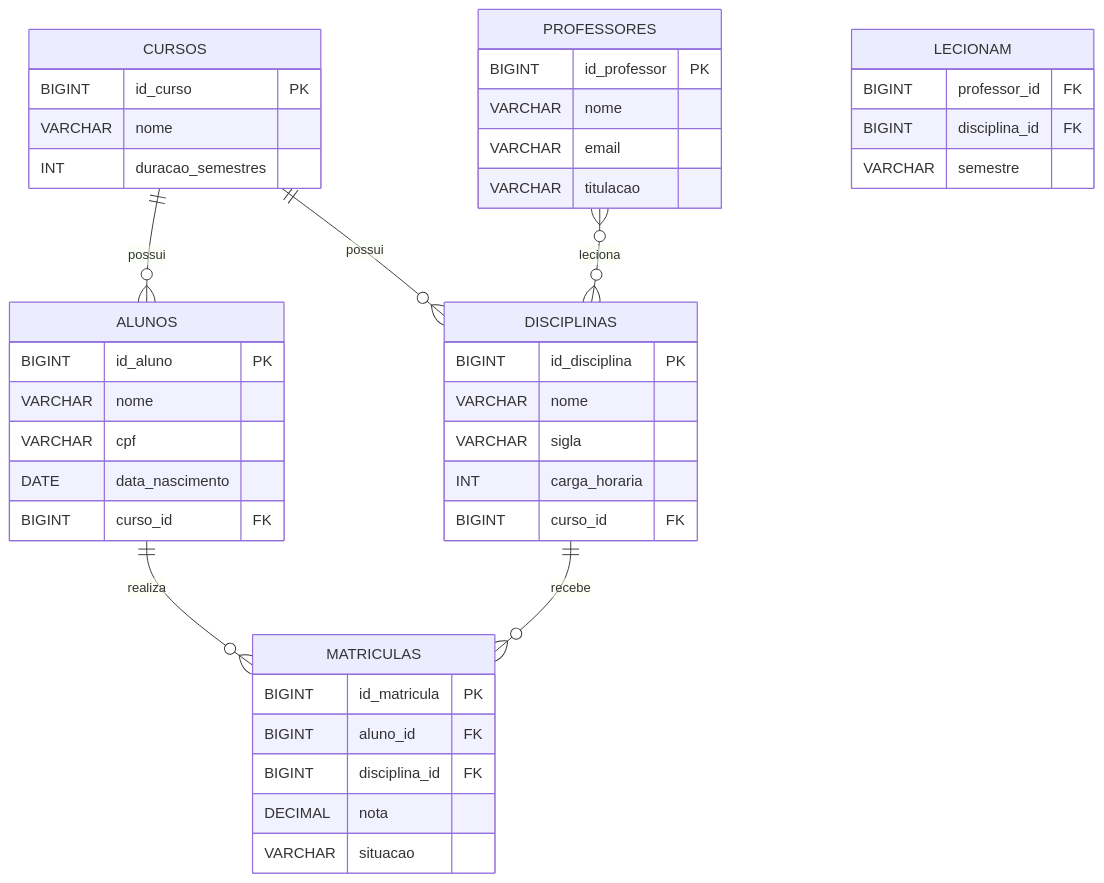
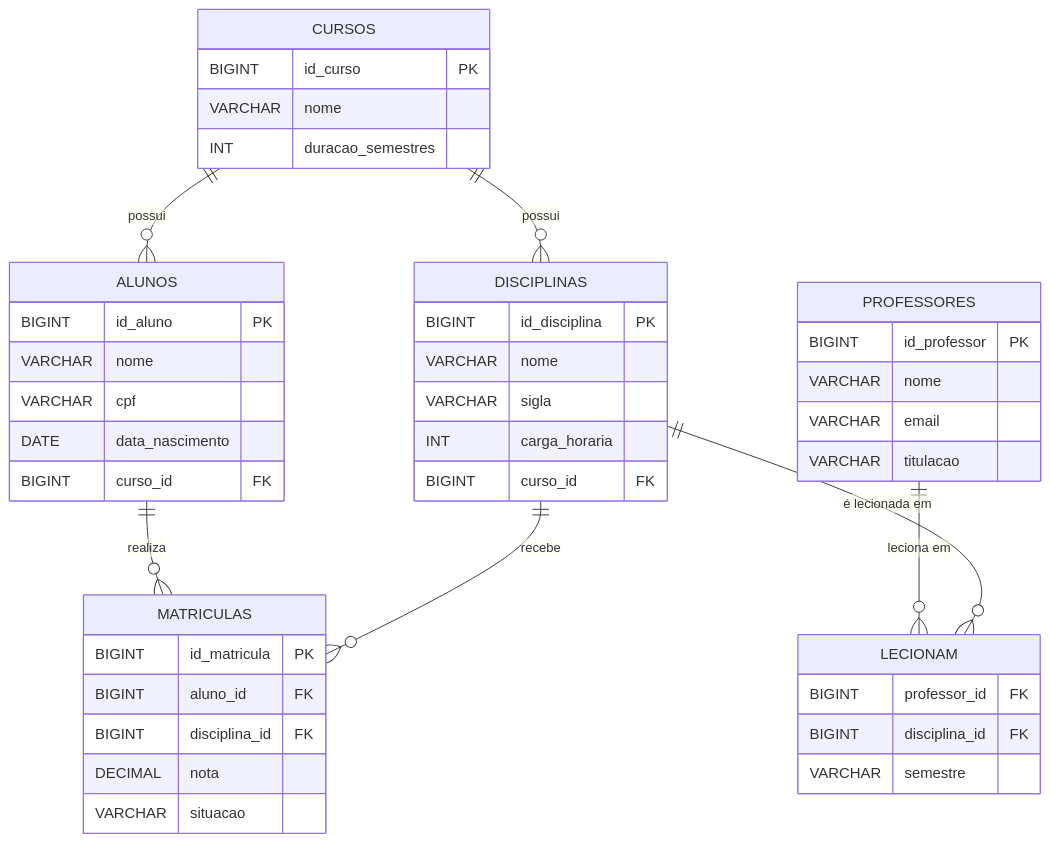
Before and after one commit to DSM-Fatec-Jahu/BDR-DSM-2026-2: the fifth of 18 diagrams in docs/aulas/Aula_01_Revisao_Modelagem_Conceitual.md, drawn with Mermaid. The commit also changed other lines of this file and 5 other files, not shown here.

First line of the commit message:
Corrige diagrama da Aula 01, remove classificação de restrição de G/E, padroniza alterado_em/telefone e maiúsculas no DBML

````diff
--- a/docs/aulas/Aula_01_Revisao_Modelagem_Conceitual.md
+++ b/docs/aulas/Aula_01_Revisao_Modelagem_Conceitual.md
@@ -291,51 +291,52 @@
 ```mermaid
 erDiagram
     CURSOS {
         BIGINT id_curso PK
         VARCHAR nome
         INT duracao_semestres
     }
 
     DISCIPLINAS {
         BIGINT id_disciplina PK
         VARCHAR nome
         VARCHAR sigla
         INT carga_horaria
         BIGINT curso_id FK
     }
 
     PROFESSORES {
         BIGINT id_professor PK
         VARCHAR nome
         VARCHAR email
         VARCHAR titulacao
     }
 
     ALUNOS {
         BIGINT id_aluno PK
         VARCHAR nome
         VARCHAR cpf
         DATE data_nascimento
         BIGINT curso_id FK
     }
 
     MATRICULAS {
         BIGINT id_matricula PK
         BIGINT aluno_id FK
         BIGINT disciplina_id FK
         DECIMAL nota
         VARCHAR situacao
     }
 
     LECIONAM {
         BIGINT professor_id FK
         BIGINT disciplina_id FK
         VARCHAR semestre
     }
 
     CURSOS ||--o{ DISCIPLINAS : "possui"
     CURSOS ||--o{ ALUNOS : "possui"
     ALUNOS ||--o{ MATRICULAS : "realiza"
     DISCIPLINAS ||--o{ MATRICULAS : "recebe"
-    PROFESSORES }o--o{ DISCIPLINAS : "leciona"
+    PROFESSORES ||--o{ LECIONAM : "leciona em"
+    DISCIPLINAS ||--o{ LECIONAM : "é lecionada em"
 ```
````
